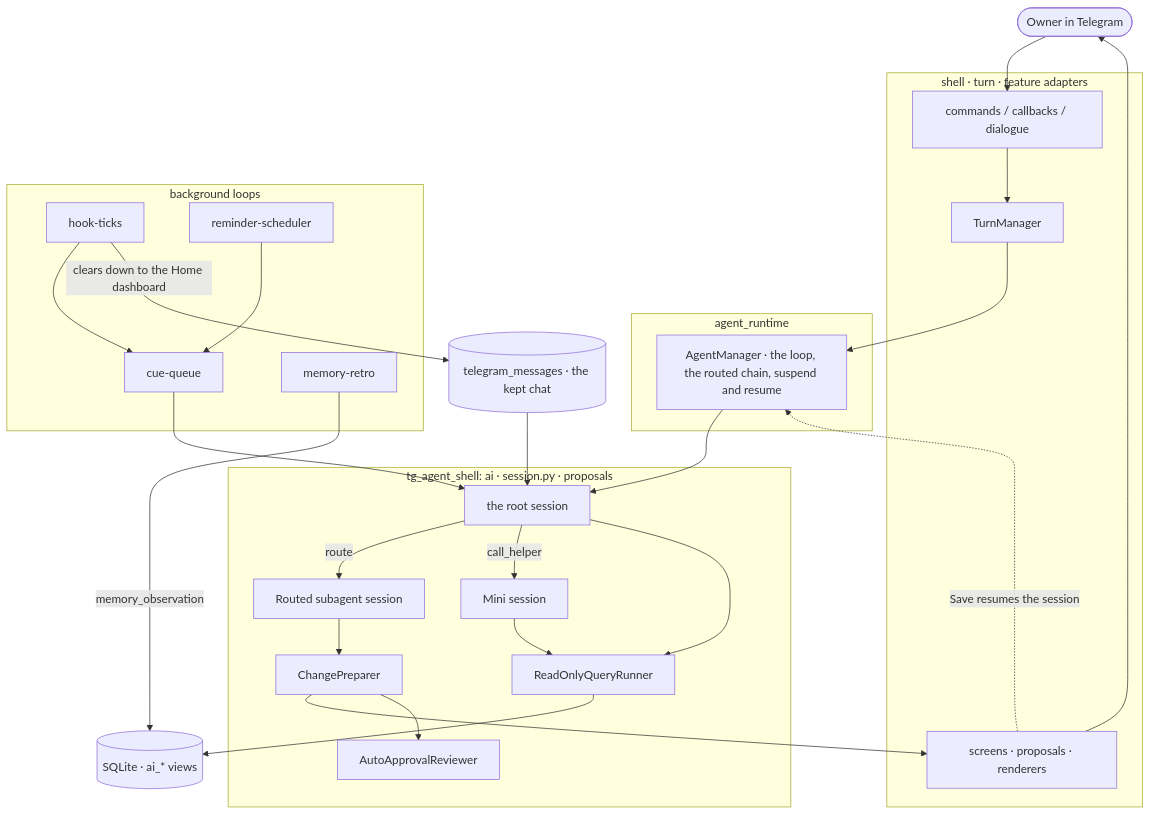
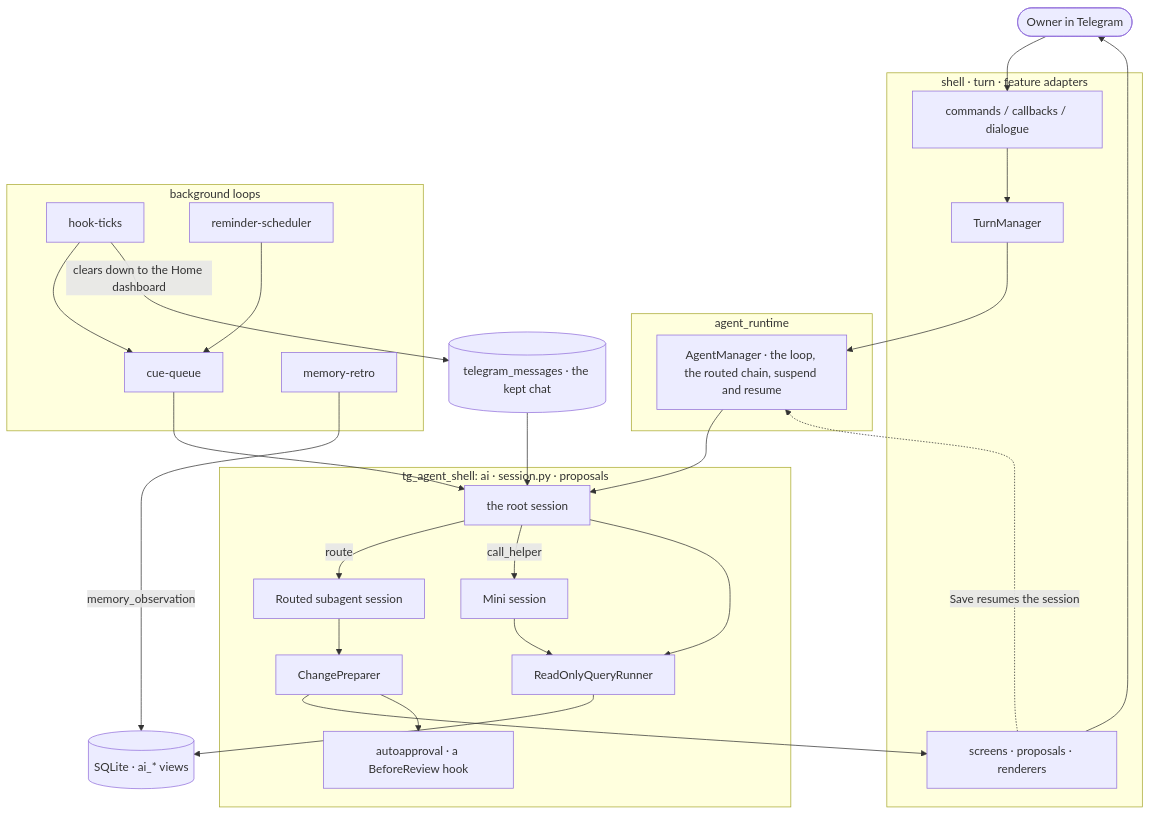
One commit to myvaheed/tg-ai-safwa changed the third of 13 diagrams in docs/AGENT_ARCH.md. Above: the diagram before and after it, drawn with Mermaid. The commit also changed other lines of this file and 40 other files, not shown here.

````diff
--- a/docs/AGENT_ARCH.md
+++ b/docs/AGENT_ARCH.md
@@ -136,44 +137,44 @@
 ```mermaid
 flowchart TB
     OWNER([Owner in Telegram])
     subgraph TG[shell · turn · feature adapters]
         HANDLERS[commands / callbacks / dialogue]
         GUARD[TurnManager]
         SCREENS[screens · proposals · renderers]
     end
     subgraph RT[agent_runtime]
         MGR[AgentManager · the loop, the routed chain, suspend and resume]
     end
     subgraph AI[tg_agent_shell: ai · session.py · proposals]
         ADV[the root session]
         SUB[Routed subagent session]
         MINI[Mini session]
         PREP[ChangePreparer]
-        AUTO[AutoApprovalReviewer]
+        AUTO[autoapproval · a BeforeReview hook]
         SQL[ReadOnlyQueryRunner]
     end
     subgraph BG[background loops]
         CUE[cue-queue]
         TICK[hook-ticks]
         REM[reminder-scheduler]
         MEMR[memory-retro]
     end
     HIST[(telegram_messages · the kept chat)]
     DB[(SQLite · ai_* views)]
 
     OWNER --> HANDLERS --> GUARD --> MGR
     MGR --> ADV
     SCREENS -.->|Save resumes the session| MGR
     ADV -->|route| SUB
     ADV -->|call_helper| MINI
     SUB --> PREP --> SCREENS --> OWNER
     PREP --> AUTO
     ADV --> SQL --> DB
     MINI --> SQL
     HIST --> ADV
     CUE --> ADV
     TICK --> CUE
     REM --> CUE
     MEMR -->|memory_observation| DB
     TICK -->|clears down to the Home dashboard| HIST
 ```
````
